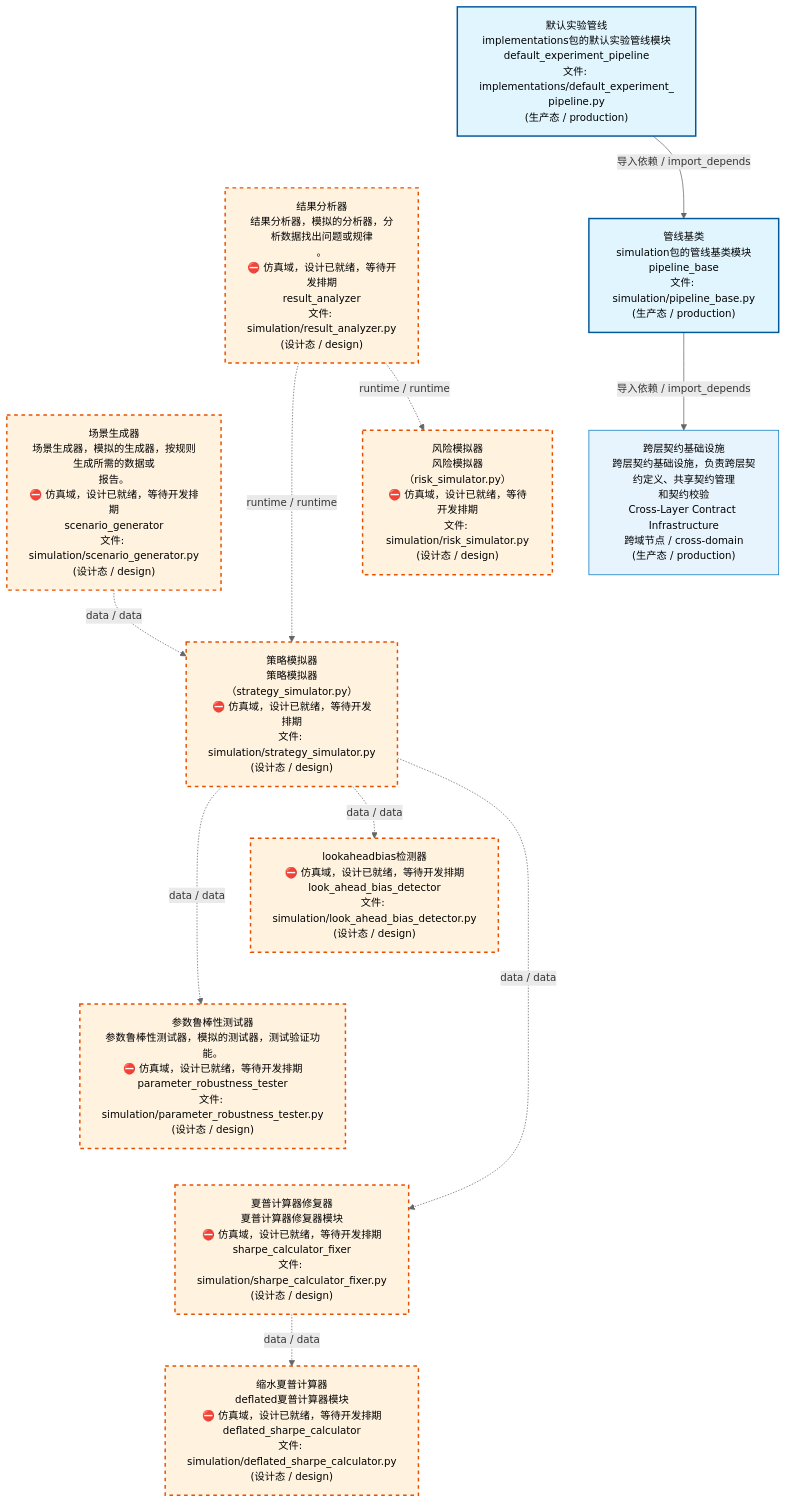
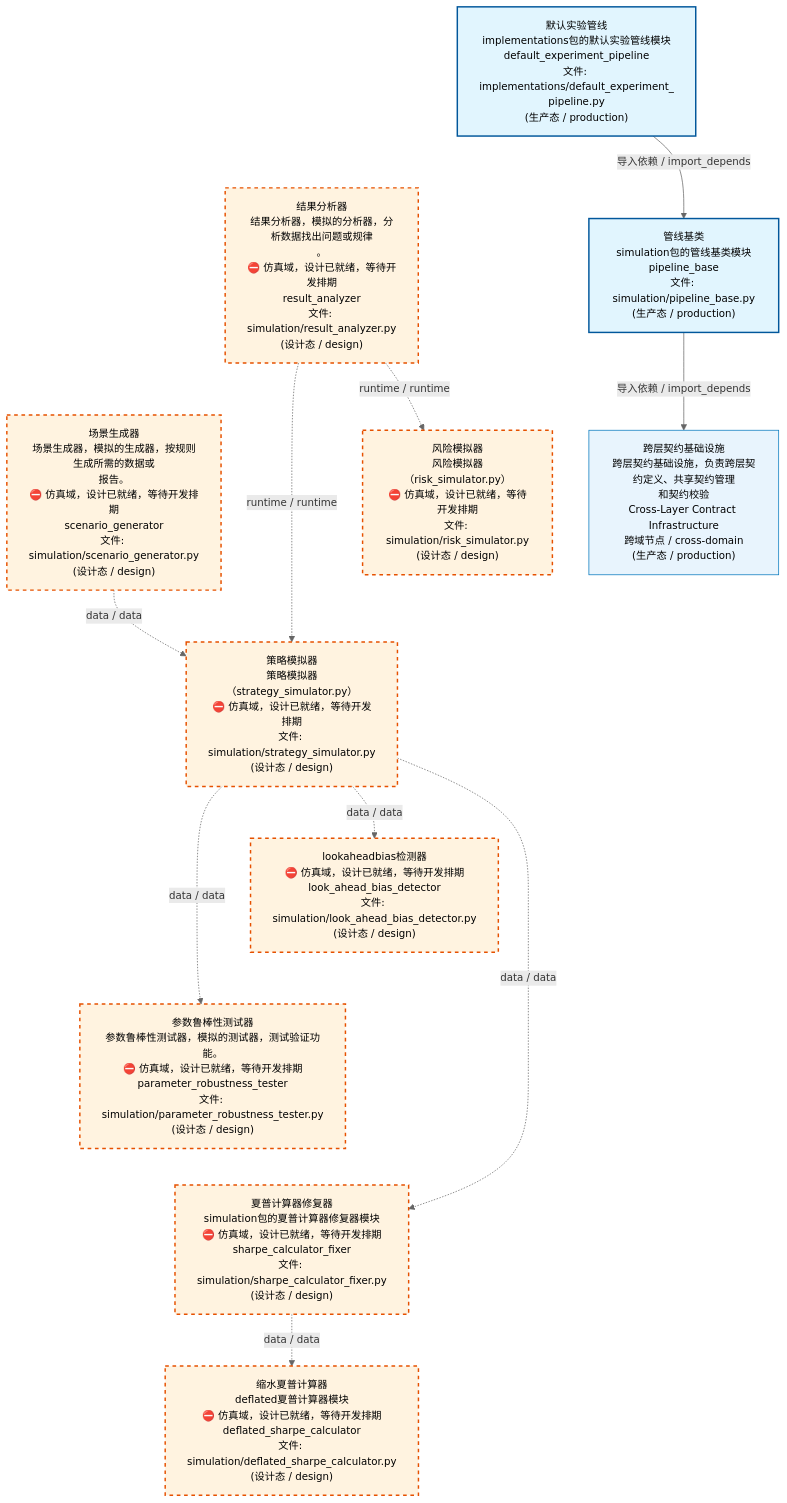
Before and after one commit to xuanFelixVan/ZephyrAlpha: the first of 4 diagrams in docs/02_enterprise_architecture/02_domain_architecture_docs/70_d_simulation.md, drawn with Mermaid. The commit also changed other lines of this file and 42 other files, not shown here.

````diff
--- a/docs/02_enterprise_architecture/02_domain_architecture_docs/70_d_simulation.md
+++ b/docs/02_enterprise_architecture/02_domain_architecture_docs/70_d_simulation.md
@@ -53,37 +53,37 @@
 ```mermaid
 %%{init: {'theme': 'base', 'themeVariables': {'primaryColor': '#eaeaea', 'primaryTextColor': '#333333', 'primaryBorderColor': '#666666', 'lineColor': '#666666', 'secondaryColor': '#eaeaea', 'tertiaryColor': '#eaeaea', 'fontSize': '14px'}}}%%
 flowchart TD
     src_zephyr_simulation_implementations_default_experiment_pipeline_py["默认实验管线<br/>implementations包的默认实验管线模块<br/>default_experiment_pipeline<br/>文件: implementations/default_experiment_<br/>pipeline.py<br/>(生产态 / production)"]
     src_zephyr_simulation_result_analyzer_py["结果分析器<br/>结果分析器，模拟的分析器，分析数据找出问题或规律<br/>。<br/>⛔ 仿真域，设计已就绪，等待开发排期<br/>result_analyzer<br/>文件: simulation/result_analyzer.py<br/>(设计态 / design)"]
     src_zephyr_simulation_scenario_generator_py["场景生成器<br/>场景生成器，模拟的生成器，按规则生成所需的数据或<br/>报告。<br/>⛔ 仿真域，设计已就绪，等待开发排期<br/>scenario_generator<br/>文件: simulation/scenario_generator.py<br/>(设计态 / design)"]
     src_zephyr_simulation_implementations_default_experiment_pipeline_py ~~~ src_zephyr_simulation_result_analyzer_py
     src_zephyr_simulation_result_analyzer_py ~~~ src_zephyr_simulation_scenario_generator_py
     src_zephyr_simulation_pipeline_base_py["管线基类<br/>simulation包的管线基类模块<br/>pipeline_base<br/>文件: simulation/pipeline_base.py<br/>(生产态 / production)"]
     src_zephyr_simulation_risk_simulator_py["风险模拟器<br/>风险模拟器（risk_simulator.py）<br/>⛔ 仿真域，设计已就绪，等待开发排期<br/>文件: simulation/risk_simulator.py<br/>(设计态 / design)"]
     src_zephyr_simulation_strategy_simulator_py["策略模拟器<br/>策略模拟器（strategy_simulator.py）<br/>⛔ 仿真域，设计已就绪，等待开发排期<br/>文件: simulation/strategy_simulator.py<br/>(设计态 / design)"]
     src_zephyr_simulation_pipeline_base_py ~~~ src_zephyr_simulation_risk_simulator_py
     src_zephyr_simulation_risk_simulator_py ~~~ src_zephyr_simulation_strategy_simulator_py
     src_zephyr_simulation_look_ahead_bias_detector_py["lookaheadbias检测器<br/>⛔ 仿真域，设计已就绪，等待开发排期<br/>look_ahead_bias_detector<br/>文件: simulation/look_ahead_bias_detector.py<br/>(设计态 / design)"]
     src_zephyr_simulation_parameter_robustness_tester_py["参数鲁棒性测试器<br/>参数鲁棒性测试器，模拟的测试器，测试验证功能。<br/>⛔ 仿真域，设计已就绪，等待开发排期<br/>parameter_robustness_tester<br/>文件: simulation/parameter_robustness_tester.py<br/>(设计态 / design)"]
-    src_zephyr_simulation_sharpe_calculator_fixer_py["夏普计算器修复器<br/>夏普计算器修复器模块<br/>⛔ 仿真域，设计已就绪，等待开发排期<br/>sharpe_calculator_fixer<br/>文件: simulation/sharpe_calculator_fixer.py<br/>(设计态 / design)"]
+    src_zephyr_simulation_sharpe_calculator_fixer_py["夏普计算器修复器<br/>simulation包的夏普计算器修复器模块<br/>⛔ 仿真域，设计已就绪，等待开发排期<br/>sharpe_calculator_fixer<br/>文件: simulation/sharpe_calculator_fixer.py<br/>(设计态 / design)"]
     src_zephyr_simulation_look_ahead_bias_detector_py ~~~ src_zephyr_simulation_parameter_robustness_tester_py
     src_zephyr_simulation_parameter_robustness_tester_py ~~~ src_zephyr_simulation_sharpe_calculator_fixer_py
     src_zephyr_simulation_deflated_sharpe_calculator_py["缩水夏普计算器<br/>deflated夏普计算器模块<br/>⛔ 仿真域，设计已就绪，等待开发排期<br/>deflated_sharpe_calculator<br/>文件: simulation/deflated_sharpe_calculator.py<br/>(设计态 / design)"]
     src_zephyr_simulation_strategy_simulator_py -.->|data / data| src_zephyr_simulation_parameter_robustness_tester_py
     src_zephyr_simulation_strategy_simulator_py -.->|data / data| src_zephyr_simulation_look_ahead_bias_detector_py
     src_zephyr_simulation_strategy_simulator_py -.->|data / data| src_zephyr_simulation_sharpe_calculator_fixer_py
     src_zephyr_simulation_scenario_generator_py -.->|data / data| src_zephyr_simulation_strategy_simulator_py
     src_zephyr_simulation_result_analyzer_py -.->|runtime / runtime| src_zephyr_simulation_strategy_simulator_py
     src_zephyr_simulation_result_analyzer_py -.->|runtime / runtime| src_zephyr_simulation_risk_simulator_py
     src_zephyr_simulation_sharpe_calculator_fixer_py -.->|data / data| src_zephyr_simulation_deflated_sharpe_calculator_py
     src_zephyr_simulation_implementations_default_experiment_pipeline_py -->|导入依赖 / import_depends| src_zephyr_simulation_pipeline_base_py
     D_INFRASTRUCTURE["跨层契约基础设施<br/>跨层契约基础设施，负责跨层契约定义、共享契约管理<br/>和契约校验<br/>Cross-Layer Contract Infrastructure<br/>跨域节点 / cross-domain<br/>(生产态 / production)"]
     src_zephyr_simulation_pipeline_base_py -->|导入依赖 / import_depends| D_INFRASTRUCTURE
     classDef production fill:#e1f5fe,stroke:#01579b,stroke-width:2px,color:#000
     classDef design fill:#fff3e0,stroke:#e65100,stroke-width:2px,color:#000,stroke-dasharray: 5 5
     classDef external_prod fill:#e8f4fd,stroke:#0277bd,stroke-width:1px,color:#000
     classDef external_design fill:#fff8e7,stroke:#ef6c00,stroke-width:1px,color:#000,stroke-dasharray: 5 5
     class src_zephyr_simulation_implementations_default_experiment_pipeline_py,src_zephyr_simulation_pipeline_base_py production
     class src_zephyr_simulation_deflated_sharpe_calculator_py,src_zephyr_simulation_look_ahead_bias_detector_py,src_zephyr_simulation_parameter_robustness_tester_py,src_zephyr_simulation_result_analyzer_py,src_zephyr_simulation_risk_simulator_py,src_zephyr_simulation_scenario_generator_py,src_zephyr_simulation_sharpe_calculator_fixer_py,src_zephyr_simulation_strategy_simulator_py design
     class D_INFRASTRUCTURE external_prod
 ```
````
